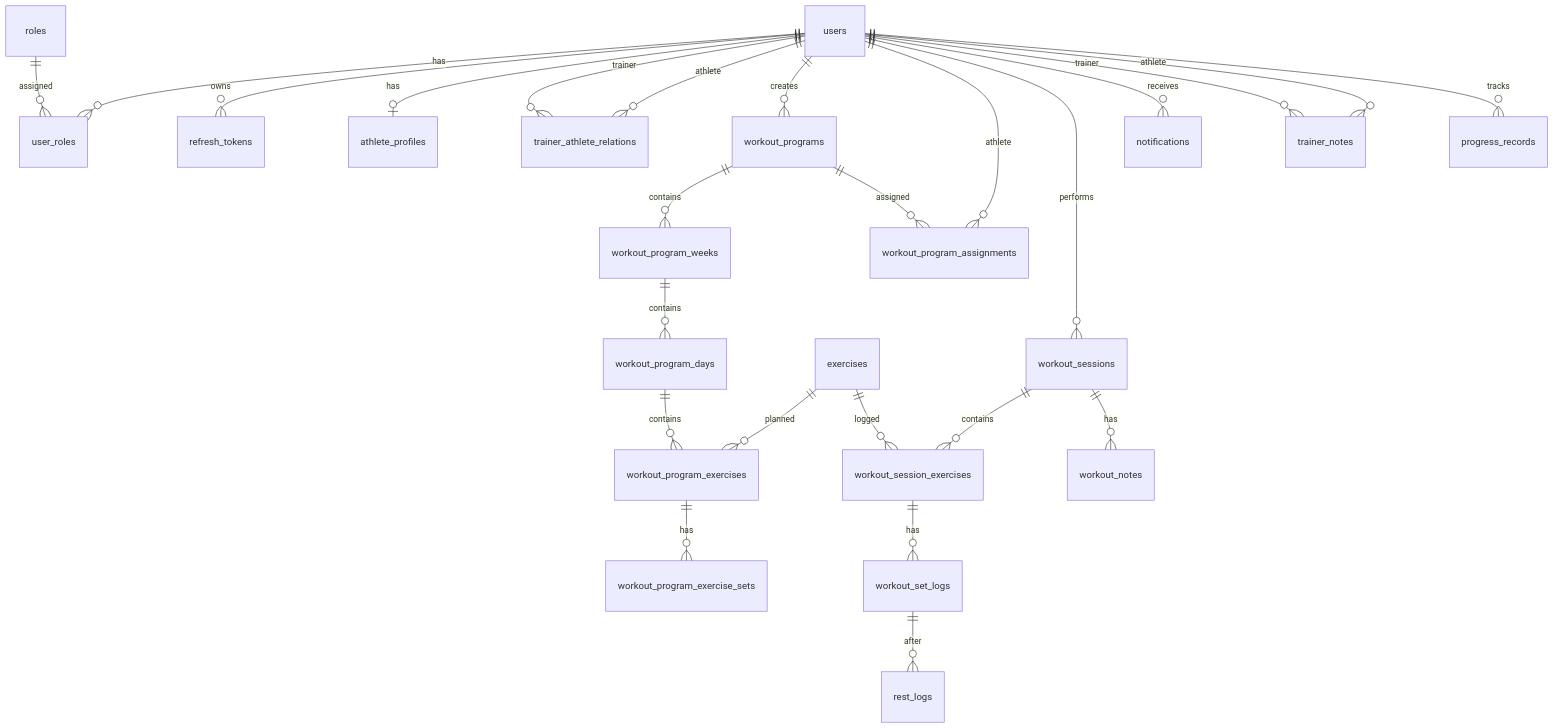
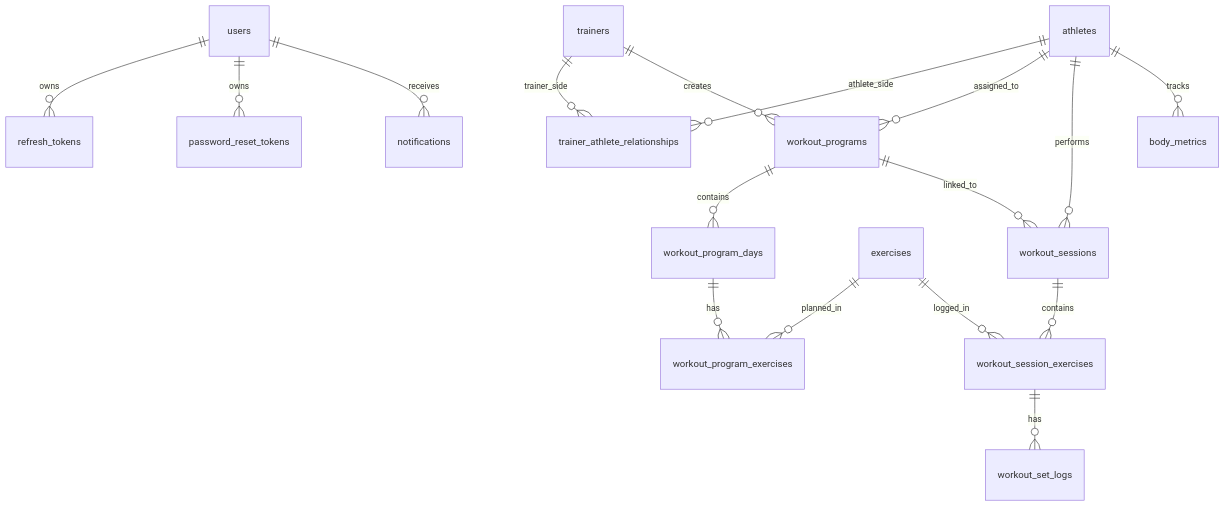
The diagram in database/erd.md (fatihkesik01/TrackMe-Docs), drawn with Mermaid before and after one commit. The commit also changed other lines of this file and 10 other files, not shown here.

First line of the commit message:
docs: full documentation update for Phase 15 — athlete-centric architecture

````diff
--- a/database/erd.md
+++ b/database/erd.md
@@ -3,27 +5,26 @@
 ```mermaid
 erDiagram
-    users ||--o{ user_roles : has
-    roles ||--o{ user_roles : assigned
     users ||--o{ refresh_tokens : owns
-    users ||--o| athlete_profiles : has
-    users ||--o{ trainer_athlete_relations : trainer
-    users ||--o{ trainer_athlete_relations : athlete
-    users ||--o{ workout_programs : creates
-    workout_programs ||--o{ workout_program_weeks : contains
-    workout_program_weeks ||--o{ workout_program_days : contains
-    workout_program_days ||--o{ workout_program_exercises : contains
-    exercises ||--o{ workout_program_exercises : planned
-    workout_program_exercises ||--o{ workout_program_exercise_sets : has
-    workout_programs ||--o{ workout_program_assignments : assigned
-    users ||--o{ workout_program_assignments : athlete
-    users ||--o{ workout_sessions : performs
+    users ||--o{ password_reset_tokens : owns
+    users ||--o{ notifications : receives
+
+    trainers ||--o{ trainer_athlete_relationships : trainer_side
+    athletes ||--o{ trainer_athlete_relationships : athlete_side
+
+    trainers ||--o{ workout_programs : creates
+    athletes ||--o{ workout_programs : assigned_to
+
+    workout_programs ||--o{ workout_program_days : contains
+    workout_program_days ||--o{ workout_program_exercises : has
+
+    exercises ||--o{ workout_program_exercises : planned_in
+    exercises ||--o{ workout_session_exercises : logged_in
+
+    athletes ||--o{ workout_sessions : performs
+    workout_programs ||--o{ workout_sessions : linked_to
+
     workout_sessions ||--o{ workout_session_exercises : contains
-    exercises ||--o{ workout_session_exercises : logged
     workout_session_exercises ||--o{ workout_set_logs : has
-    workout_sessions ||--o{ workout_notes : has
-    workout_set_logs ||--o{ rest_logs : after
-    users ||--o{ notifications : receives
-    users ||--o{ trainer_notes : trainer
-    users ||--o{ trainer_notes : athlete
-    users ||--o{ progress_records : tracks
+
+    athletes ||--o{ body_metrics : tracks
 ```
````
